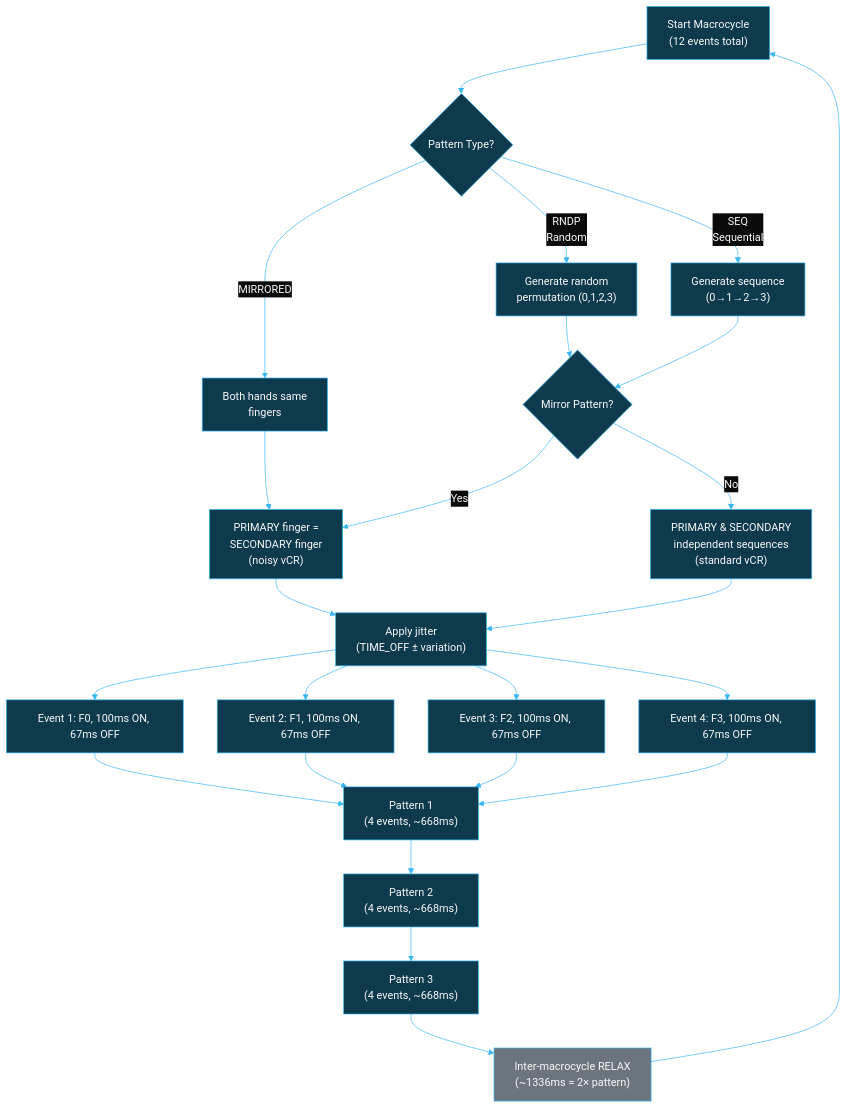
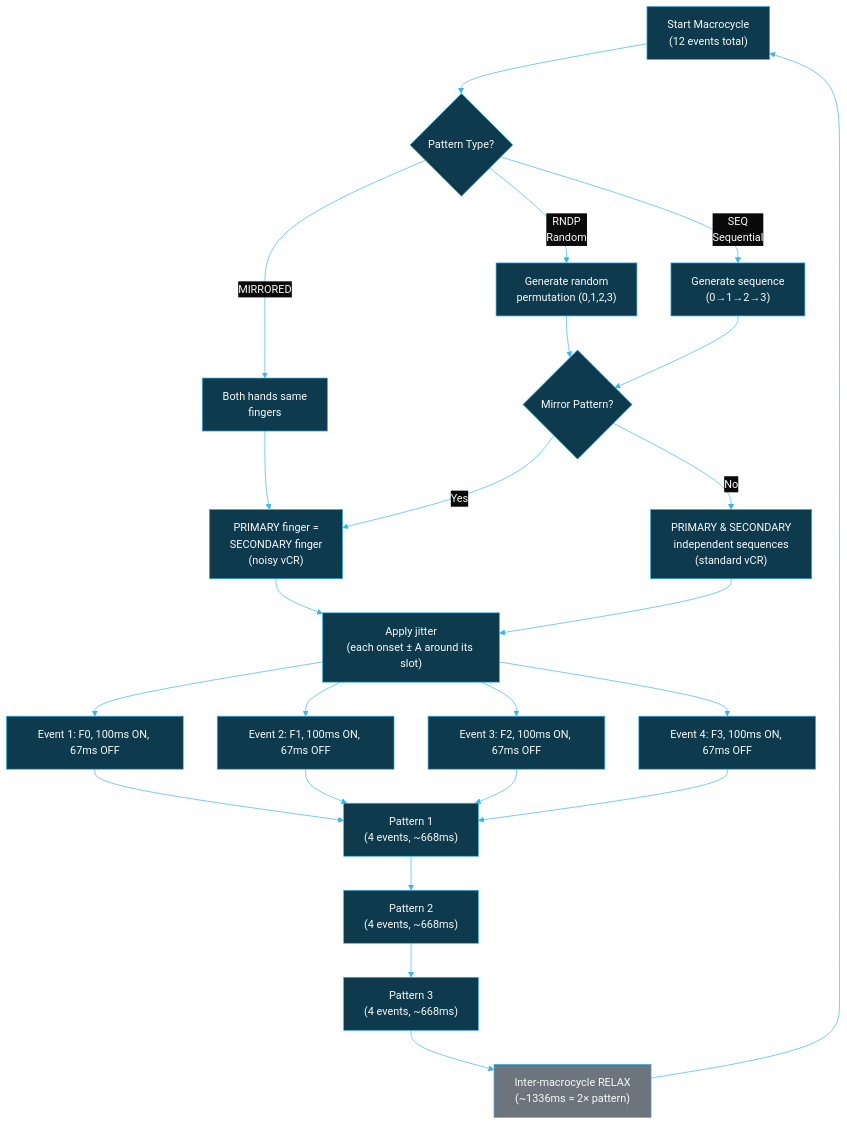
Before and after one commit to BlueBuzzah/BlueBuzzah-Firmware: the eighth of 11 diagrams in docs/THERAPY_SESSION_FLOW.md, drawn with Mermaid. The commit also changed other lines of this file and 4 other files, not shown here.

Commit message:
docs(therapy): describe onset jitter and the fixed macrocycle grid

````diff
--- a/docs/THERAPY_SESSION_FLOW.md
+++ b/docs/THERAPY_SESSION_FLOW.md
@@ -532,60 +532,60 @@
 ```mermaid
 %%{init: {'theme': 'base', 'themeVariables': {
   'primaryColor': '#0d3a4d',
   'primaryTextColor': '#fafafa',
   'primaryBorderColor': '#35B6F2',
   'lineColor': '#35B6F2',
   'secondaryColor': '#05212D',
   'tertiaryColor': '#0a0a0a',
   'background': '#0a0a0a',
   'mainBkg': '#0d3a4d',
   'nodeBorder': '#35B6F2',
   'clusterBkg': '#05212D',
   'clusterBorder': '#35B6F2',
   'titleColor': '#fafafa',
   'edgeLabelBackground': '#0a0a0a'
 }}}%%
 flowchart TD
     A["Start Macrocycle<br/>(12 events total)"]
 
     B["Pattern 1<br/>(4 events, ~668ms)"]
     C["Pattern 2<br/>(4 events, ~668ms)"]
     D["Pattern 3<br/>(4 events, ~668ms)"]
     E["Inter-macrocycle RELAX<br/>(~1336ms = 2× pattern)"]
 
     A --> F{Pattern Type?}
 
     F -->|RNDP<br/>Random| G["Generate random<br/>permutation (0,1,2,3)"]
     F -->|SEQ<br/>Sequential| H["Generate sequence<br/>(0→1→2→3)"]
     F -->|MIRRORED| I["Both hands same<br/>fingers"]
 
     G --> J{Mirror Pattern?}
     H --> J
     I --> K
 
     J -->|Yes| K["PRIMARY finger =<br/>SECONDARY finger<br/>(noisy vCR)"]
     J -->|No| L["PRIMARY & SECONDARY<br/>independent sequences<br/>(standard vCR)"]
 
-    K --> M["Apply jitter<br/>(TIME_OFF ± variation)"]
+    K --> M["Apply jitter<br/>(each onset ± A around its slot)"]
     L --> M
 
     M --> N["Event 1: F0, 100ms ON, 67ms OFF"]
     M --> O["Event 2: F1, 100ms ON, 67ms OFF"]
     M --> P["Event 3: F2, 100ms ON, 67ms OFF"]
     M --> Q["Event 4: F3, 100ms ON, 67ms OFF"]
 
     N --> B
     O --> B
     P --> B
     Q --> B
 
     B --> C
     C --> D
     D --> E
     E --> A
 
     style B fill:#0d3a4d,color:#fafafa
     style C fill:#0d3a4d,color:#fafafa
     style D fill:#0d3a4d,color:#fafafa
     style E fill:#6c757d,color:#fafafa
 ```
````
